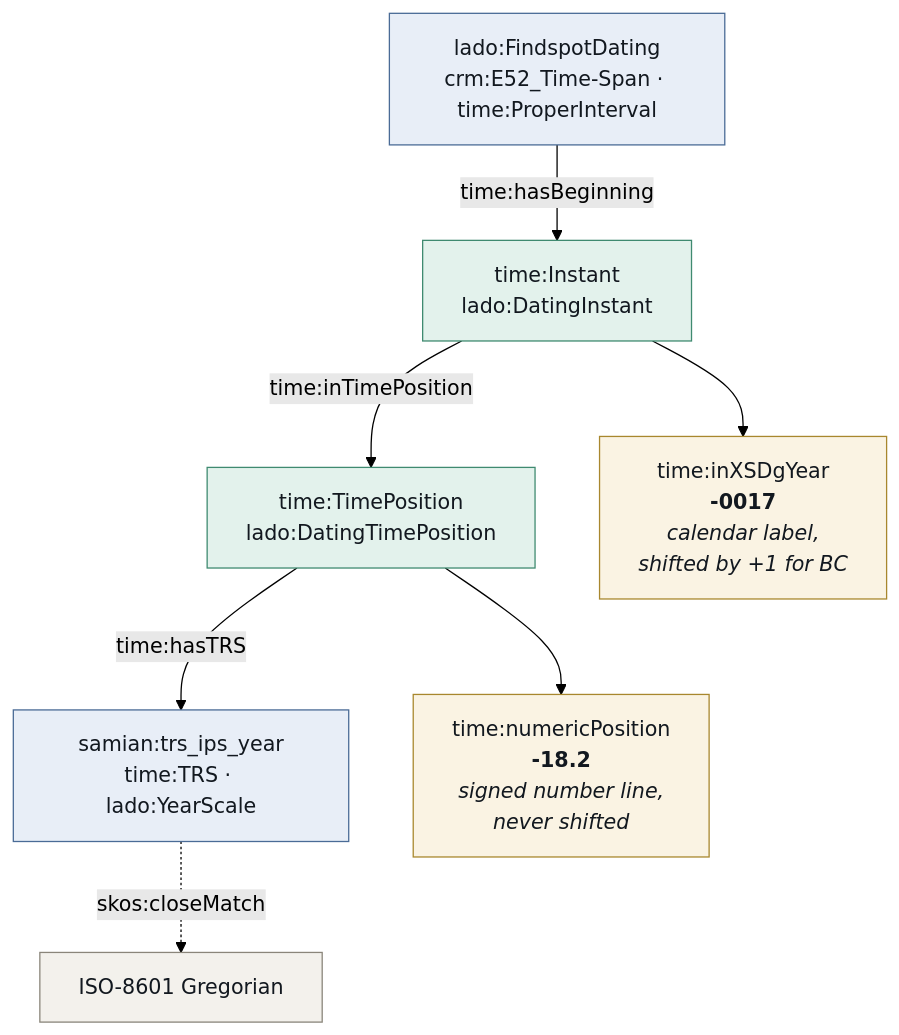
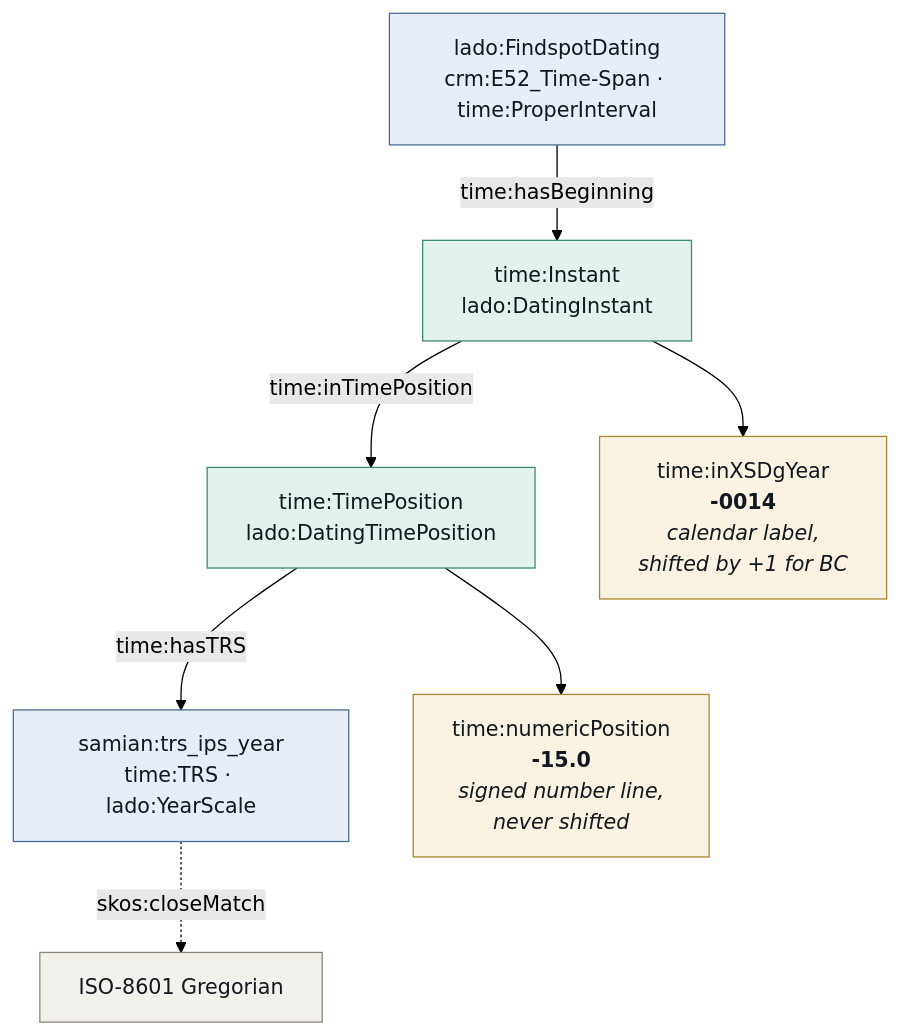
The diagram in docs/diagrams/time-chain.mmd (leiza-rse/IPSDatedSites), drawn with Mermaid (forest theme) before and after one commit. The commit also changed 34 other files, not shown here.

```diff
--- a/docs/diagrams/time-chain.mmd
+++ b/docs/diagrams/time-chain.mmd
@@ -1,26 +1,26 @@
 flowchart TB
     TS["lado:FindspotDating<br/>crm:E52_Time-Span · time:ProperInterval"]
     I["time:Instant<br/>lado:DatingInstant"]
     P["time:TimePosition<br/>lado:DatingTimePosition"]
     TRS["samian:trs_ips_year<br/>time:TRS · lado:YearScale"]
-    NUM["time:numericPosition<br/><b>-18.2</b><br/><i>signed number line,<br/>never shifted</i>"]
-    CAL["time:inXSDgYear<br/><b>-0017</b><br/><i>calendar label,<br/>shifted by +1 for BC</i>"]
+    NUM["time:numericPosition<br/><b>-15.0</b><br/><i>signed number line,<br/>never shifted</i>"]
+    CAL["time:inXSDgYear<br/><b>-0014</b><br/><i>calendar label,<br/>shifted by +1 for BC</i>"]
     GREG["ISO-8601 Gregorian"]
 
     TS -->|time:hasBeginning| I
     I -->|time:inTimePosition| P
     P -->|time:hasTRS| TRS
     P --> NUM
     I --> CAL
     TRS -.->|skos:closeMatch| GREG
 
     class TS,TRS local
     class I,P time
     class NUM,CAL io
     class GREG ext
 
     classDef local fill:#e8eef7,stroke:#4a6b96,stroke-width:1px,color:#12181f
     classDef crm fill:#efe7f5,stroke:#7a5a96,stroke-width:1px,color:#12181f
     classDef time fill:#e3f2ec,stroke:#3f8a70,stroke-width:1px,color:#12181f
     classDef ext fill:#f3f1ec,stroke:#8a857a,stroke-width:1px,color:#12181f
     classDef io fill:#faf3e3,stroke:#a8872e,stroke-width:1px,color:#12181f
```
